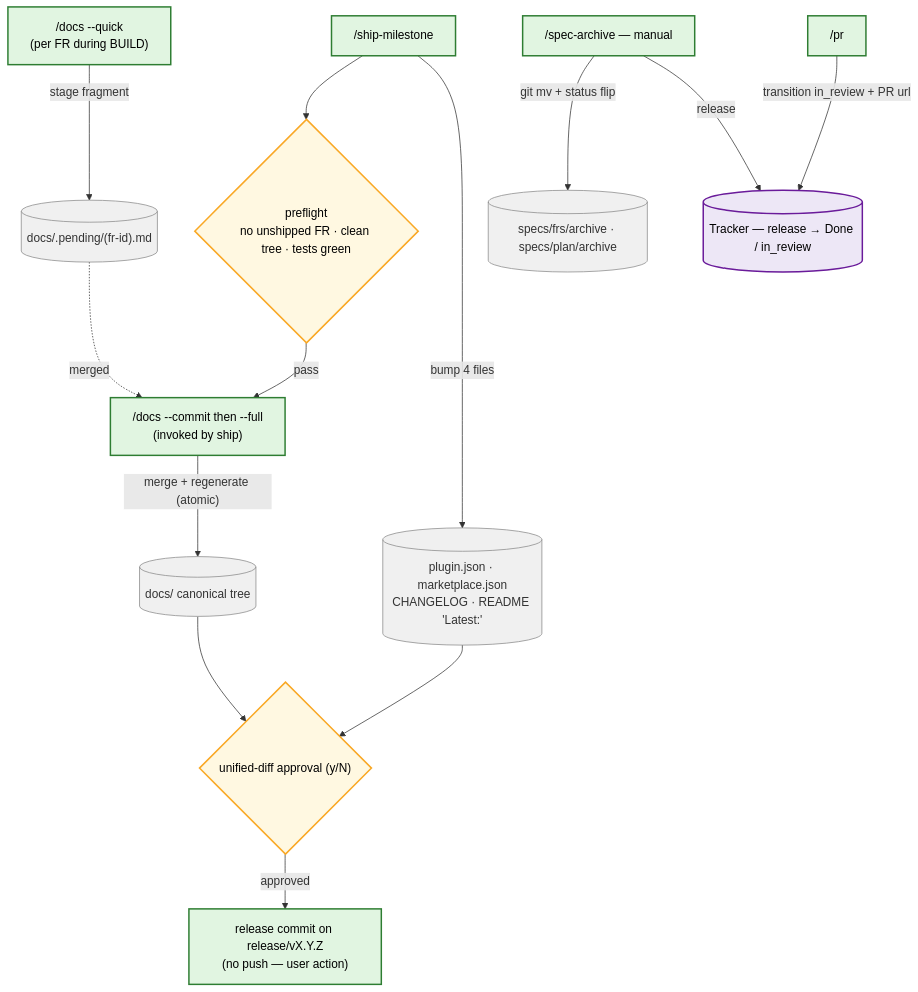
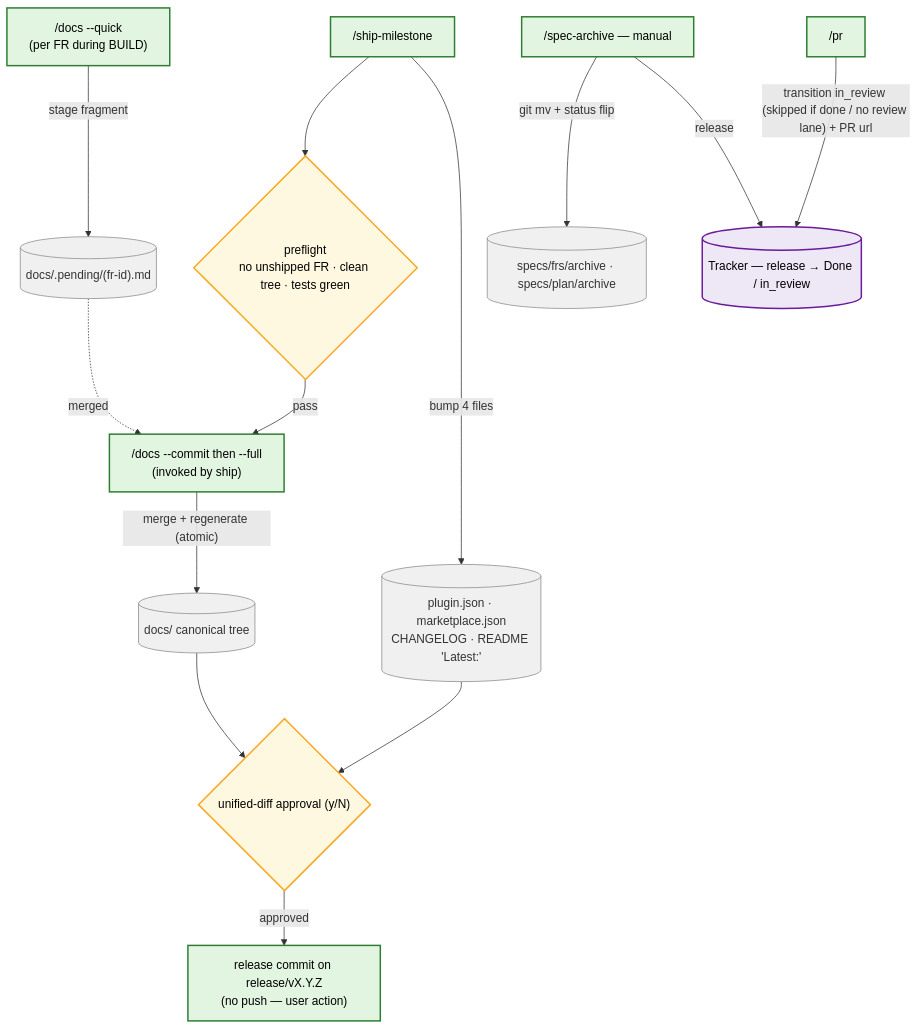
One commit to nesquikm/dev-process-toolkit changed the fifth of 6 diagrams in plugins/dev-process-toolkit/docs/workflow-overview.md. Above: the diagram before and after it, drawn with Mermaid. The commit also changed other lines of this file and 6 other files, not shown here.

````diff
--- a/plugins/dev-process-toolkit/docs/workflow-overview.md
+++ b/plugins/dev-process-toolkit/docs/workflow-overview.md
@@ -156,34 +156,34 @@
 ```mermaid
 flowchart TD
     classDef skill fill:#e1f5e1,stroke:#2e7d32,stroke-width:2px,color:#000
     classDef gate fill:#fff8e1,stroke:#f9a825,stroke-width:2px,color:#000
     classDef artifact fill:#f0f0f0,stroke:#888,stroke-width:1px,color:#333
     classDef tracker fill:#ede7f6,stroke:#6a1b9a,stroke-width:2px,color:#000
 
     docsq["/docs --quick<br/>(per FR during BUILD)"]:::skill
     aPending[("docs/.pending/(fr-id).md")]:::artifact
     ship["/ship-milestone"]:::skill
     gShip{"preflight<br/>no unshipped FR · clean tree · tests green"}:::gate
     docscf["/docs --commit then --full<br/>(invoked by ship)"]:::skill
     aTree[("docs/ canonical tree")]:::artifact
     aRel[("plugin.json · marketplace.json<br/>CHANGELOG · README 'Latest:'")]:::artifact
     gDiff{"unified-diff approval (y/N)"}:::gate
     commit["release commit on release/vX.Y.Z<br/>(no push — user action)"]:::skill
 
     archive["/spec-archive — manual"]:::skill
     aArch[("specs/frs/archive · specs/plan/archive")]:::artifact
     pr["/pr"]:::skill
     trk[("Tracker — release → Done / in_review")]:::tracker
 
     docsq -->|"stage fragment"| aPending
     ship --> gShip -->|"pass"| docscf
     aPending -.->|"merged"| docscf
     docscf -->|"merge + regenerate (atomic)"| aTree
     ship -->|"bump 4 files"| aRel
     aTree --> gDiff
     aRel --> gDiff
     gDiff -->|"approved"| commit
     archive -->|"git mv + status flip"| aArch
     archive -->|"release"| trk
-    pr -->|"transition in_review + PR url"| trk
+    pr -->|"transition in_review (skipped if done / no review lane) + PR url"| trk
 ```
````
